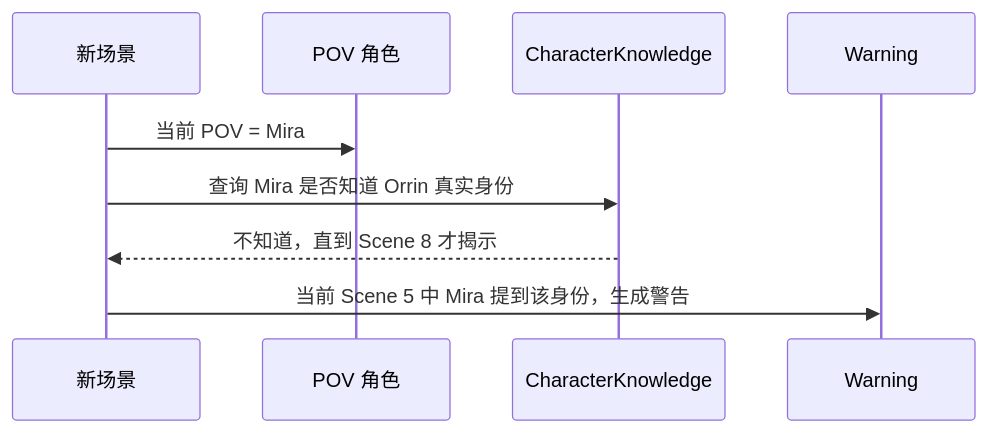
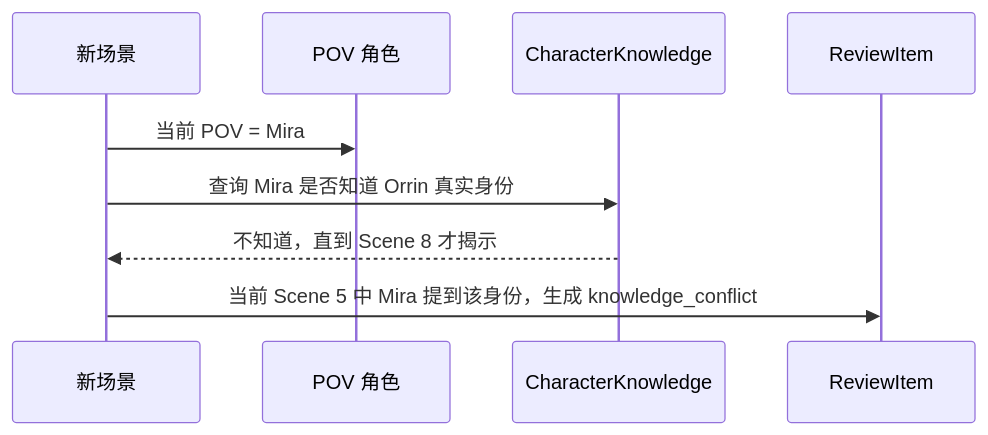
One commit to FrankQDWang/sextantlabs changed the second of 2 diagrams in goals/10-continuity-check.md. Above: the diagram before and after it, drawn with Mermaid. The commit also changed other lines of this file and 16 other files, not shown here.

````diff
--- a/goals/10-continuity-check.md
+++ b/goals/10-continuity-check.md
@@ -50,12 +59,12 @@
 ```mermaid
 sequenceDiagram
     participant New as 新场景
     participant POV as POV 角色
     participant CK as CharacterKnowledge
-    participant Warn as Warning
+    participant Review as ReviewItem
 
     New->>POV: 当前 POV = Mira
     New->>CK: 查询 Mira 是否知道 Orrin 真实身份
     CK-->>New: 不知道，直到 Scene 8 才揭示
-    New->>Warn: 当前 Scene 5 中 Mira 提到该身份，生成警告
+    New->>Review: 当前 Scene 5 中 Mira 提到该身份，生成 knowledge_conflict
 ```
````
